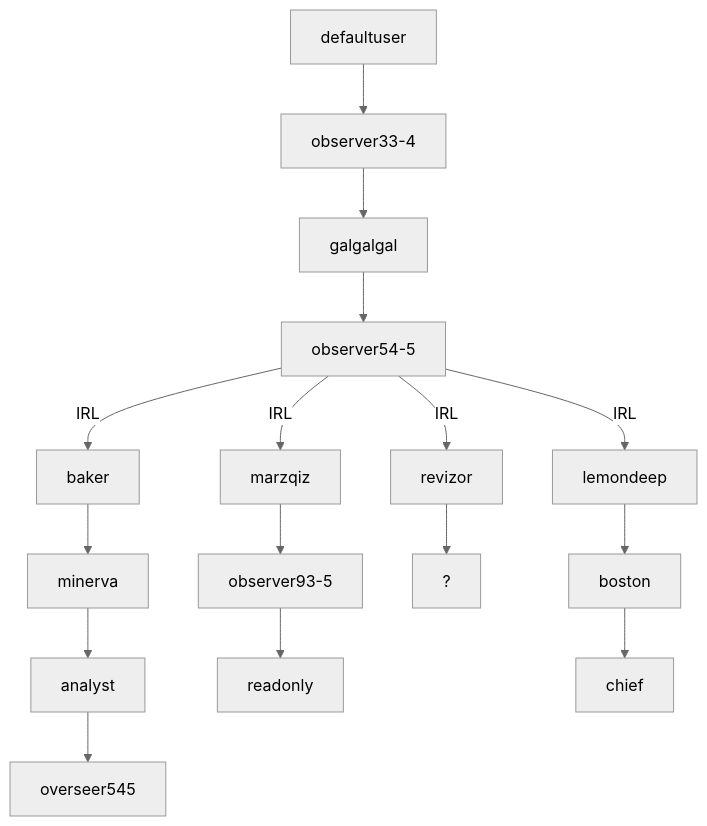
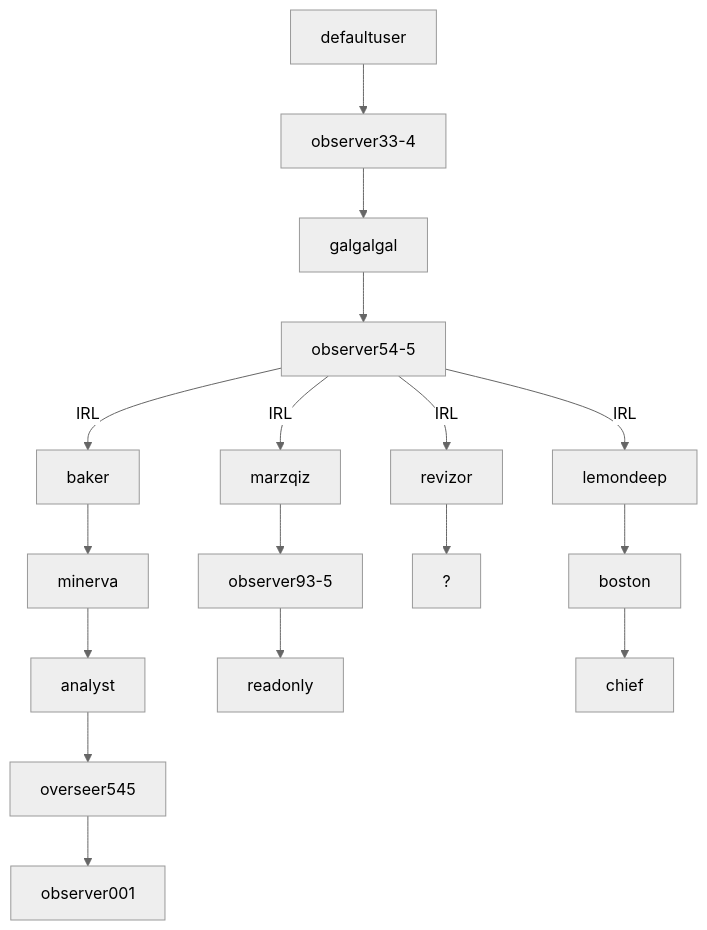
Before and after one commit to Philsie/ARRS-documentation: the diagram in README.md, drawn with Mermaid (neutral theme). The commit also changed other lines of this file, not shown here.

Commit message:
observer001

````diff
--- a/README.md
+++ b/README.md
@@ -25,18 +26,19 @@
 ```mermaid
 graph TD;
     defaultuser-->observer33-4;
     observer33-4-->galgalgal;
     galgalgal-->observer54-5;
     observer54-5--IRL-->revizor;
     observer54-5--IRL-->marzqiz;
     observer54-5--IRL-->baker;
     observer54-5--IRL-->lemondeep;
     baker-->minerva;
     minerva-->analyst;
+    analyst-->overseer545;
+    overseer545-->observer001
     marzqiz-->observer93-5;
     observer93-5-->readonly;
     revizor-->?;
     lemondeep-->boston;
     boston-->chief;
-    analyst-->overseer545;
 ```
````
